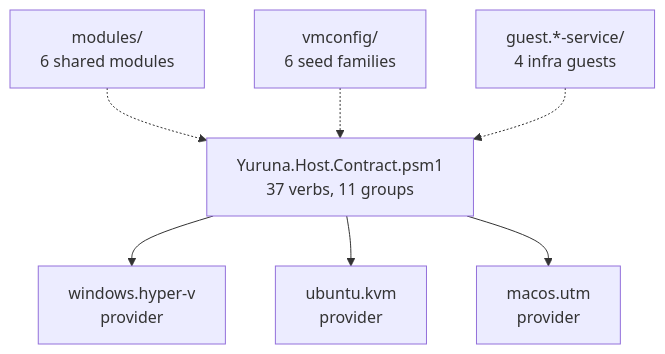
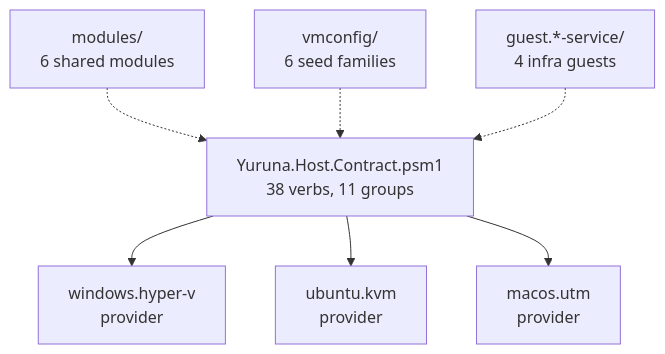
Before and after one commit to alissonsol/yuruna: the fourth of 7 diagrams in docs/design/02-component-breakdown.md, drawn with Mermaid. The commit also changed other lines of this file and 652 other files, not shown here.

````diff
--- a/docs/design/02-component-breakdown.md
+++ b/docs/design/02-component-breakdown.md
@@ -173,17 +243,17 @@
 ```mermaid
 flowchart TD
     windows-hyperv[windows.hyper-v<br/>provider]
     ubuntu-kvm[ubuntu.kvm<br/>provider]
     macos-utm[macos.utm<br/>provider]
-    host-contract[Yuruna.Host.Contract.psm1<br/>37 verbs, 11 groups]
+    host-contract[Yuruna.Host.Contract.psm1<br/>38 verbs, 11 groups]
     host-modules[modules/<br/>6 shared modules]
     vmconfig[vmconfig/<br/>6 seed families]
     infra-guests[guest.*-service/<br/>4 infra guests]
 
     host-contract --> windows-hyperv
     host-contract --> ubuntu-kvm
     host-contract --> macos-utm
     host-modules -.-> host-contract
     vmconfig -.-> host-contract
     infra-guests -.-> host-contract
 ```
````
